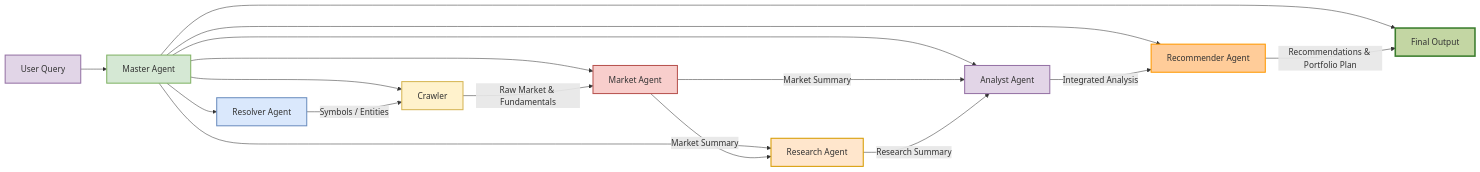
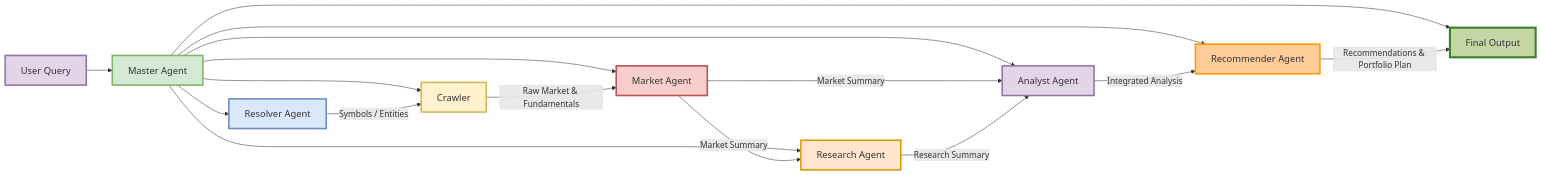
Before and after one commit to AI-lab-sh/Multi-agent-financial-analysis: the diagram in README.md, drawn with Mermaid. The commit also changed other lines of this file, not shown here.

````diff
--- a/README.md
+++ b/README.md
@@ -10,33 +10,35 @@
 ```mermaid
+%% Enlarged diagram for better visibility
+%% Use bigger font and spacing
 graph LR
 A[User Query] --> B[Master Agent]
 
 %% Master orchestrates all agents
 B --> C[Resolver Agent]
 B --> D[Crawler]
 B --> E[Market Agent]
 B --> F[Research Agent]
 B --> G[Analyst Agent]
 B --> H[Recommender Agent]
 B --> I[Final Output]
 
 %% Data flow
 C -- "Symbols / Entities" --> D
 D -- "Raw Market & Fundamentals" --> E
 E -- "Market Summary" --> F
 E -- "Market Summary" --> G
 F -- "Research Summary" --> G
 G -- "Integrated Analysis" --> H
 H -- "Recommendations & Portfolio Plan" --> I
 
-%% Styles
-style A fill:#e1d5e7,stroke:#9673a6,stroke-width:2px
-style B fill:#d5e8d4,stroke:#82b366,stroke-width:2px
-style C fill:#dae8fc,stroke:#6c8ebf,stroke-width:2px
-style D fill:#fff2cc,stroke:#d6b656,stroke-width:2px
-style E fill:#f8cecc,stroke:#b85450,stroke-width:2px
-style F fill:#ffe6cc,stroke:#d79b00,stroke-width:2px
-style G fill:#e2d5e7,stroke:#9673a6,stroke-width:2px
-style H fill:#ffcc99,stroke:#ff9900,stroke-width:2px
-style I fill:#c3d6a3,stroke:#3c7e2e,stroke-width:3px
+%% Styles with larger font
+style A fill:#e1d5e7,stroke:#9673a6,stroke-width:3px,font-size:18px
+style B fill:#d5e8d4,stroke:#82b366,stroke-width:3px,font-size:18px
+style C fill:#dae8fc,stroke:#6c8ebf,stroke-width:3px,font-size:18px
+style D fill:#fff2cc,stroke:#d6b656,stroke-width:3px,font-size:18px
+style E fill:#f8cecc,stroke:#b85450,stroke-width:3px,font-size:18px
+style F fill:#ffe6cc,stroke:#d79b00,stroke-width:3px,font-size:18px
+style G fill:#e2d5e7,stroke:#9673a6,stroke-width:3px,font-size:18px
+style H fill:#ffcc99,stroke:#ff9900,stroke-width:3px,font-size:18px
+style I fill:#c3d6a3,stroke:#3c7e2e,stroke-width:4px,font-size:18px
 ```
````
